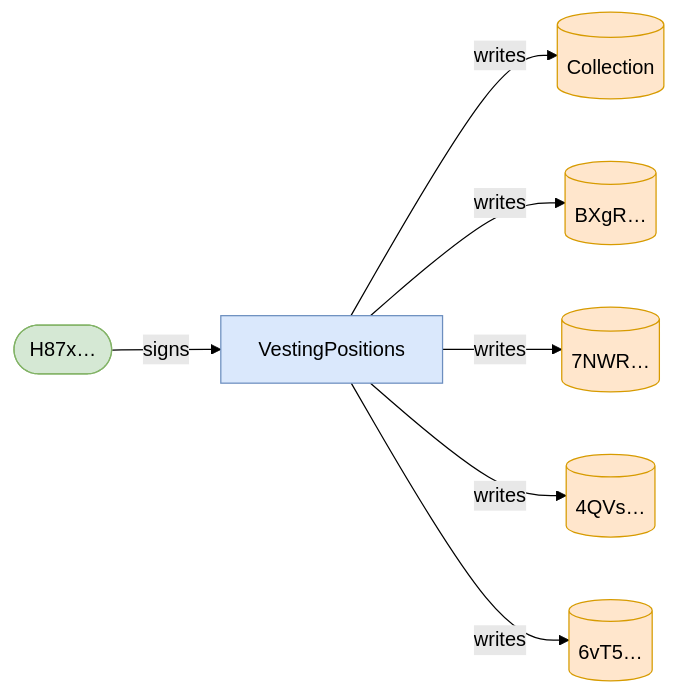
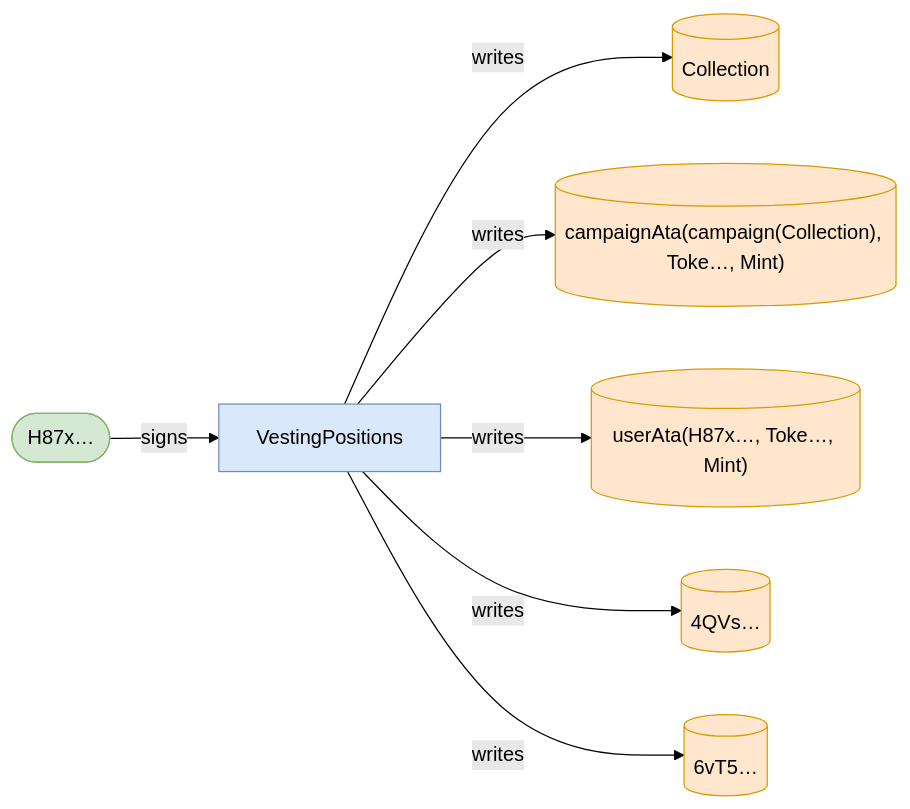
One commit to cds-turbin3/vesting-position changed diagram 14 of 18 in babelfish-tests/test-report/scenario_2_two_users_transfer_and_bob_claims_both.md. Above: the diagram before and after it, drawn with Mermaid (forest theme). The commit also changed other lines of this file and 51 other files, not shown here.

````diff
--- a/babelfish-tests/test-report/scenario_2_two_users_transfer_and_bob_claims_both.md
+++ b/babelfish-tests/test-report/scenario_2_two_users_transfer_and_bob_claims_both.md
@@ -586,19 +564,19 @@
 ```mermaid
 flowchart LR
     VestingPositions["VestingPositions"]:::program
     H87x(["H87x…"]):::signer
     Collection[("Collection")]:::state
-    BXgR[("BXgR…")]:::state
-    7NWR[("7NWR…")]:::state
+    campaignAtacampaignCollectionTokeMint[("campaignAta(campaign(Collection), Toke…, Mint)")]:::state
+    userAtaH87xTokeMint[("userAta(H87x…, Toke…, Mint)")]:::state
     4QVs[("4QVs…")]:::state
     6vT5[("6vT5…")]:::state
     H87x -->|signs| VestingPositions
     VestingPositions -->|writes| Collection
-    VestingPositions -->|writes| BXgR
-    VestingPositions -->|writes| 7NWR
+    VestingPositions -->|writes| campaignAtacampaignCollectionTokeMint
+    VestingPositions -->|writes| userAtaH87xTokeMint
     VestingPositions -->|writes| 4QVs
     VestingPositions -->|writes| 6vT5
     classDef program fill:#dae8fc,stroke:#6c8ebf;
     classDef signer fill:#d5e8d4,stroke:#82b366;
     classDef state fill:#ffe6cc,stroke:#d79b00;
 ```
````
